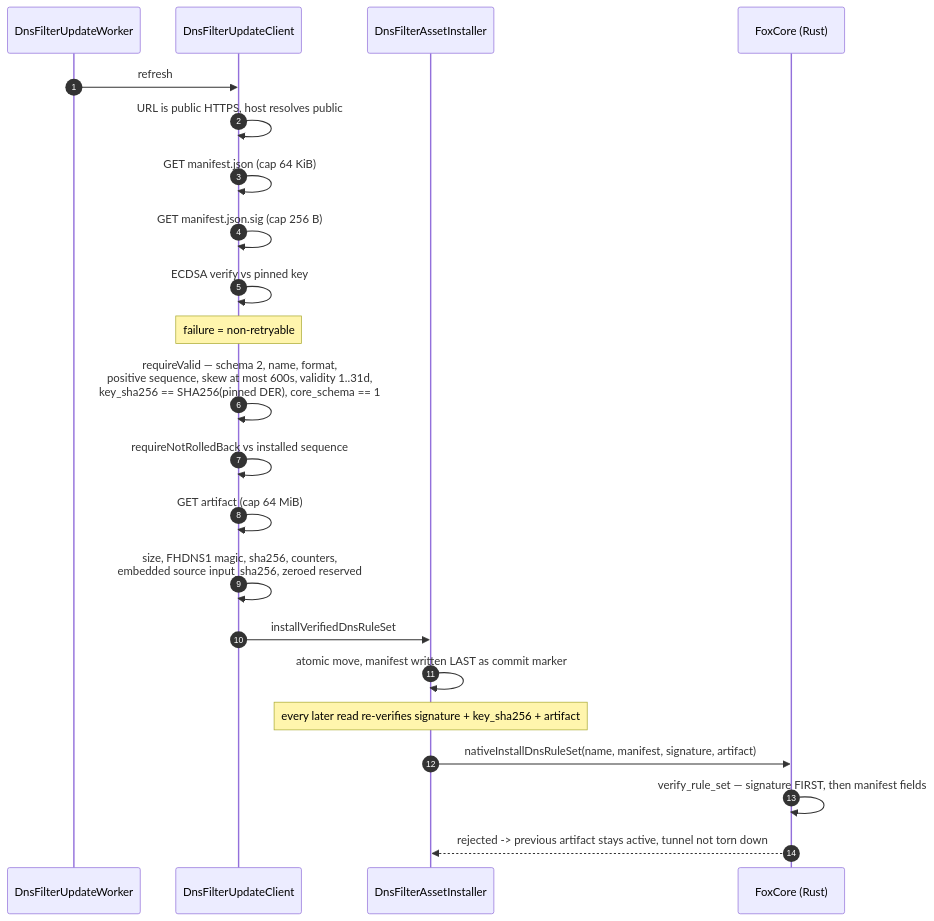
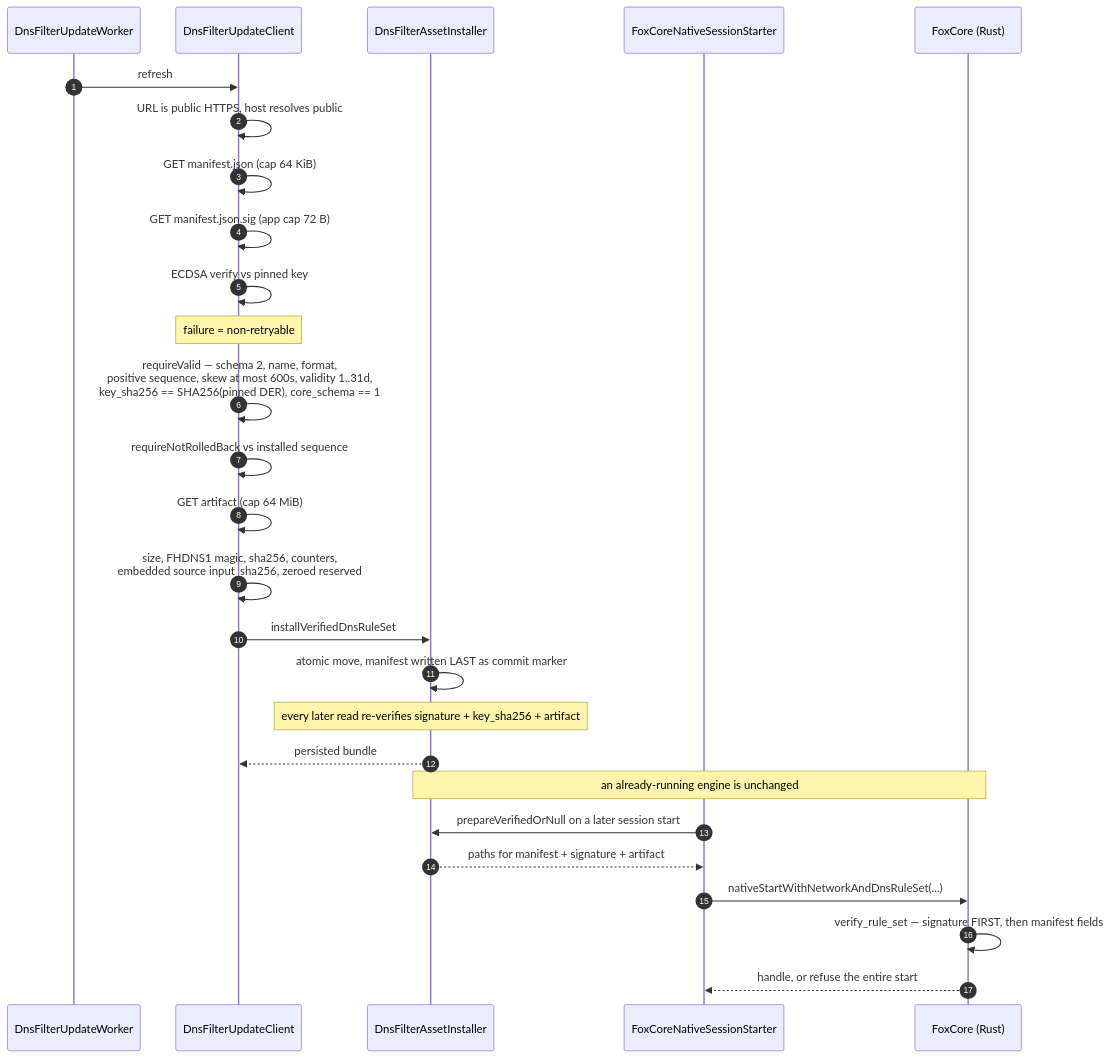
One commit to foxhole-team/foxhole-core changed the third of 6 diagrams in docs/architecture/03-updates-and-data-delivery.md. Above: the diagram before and after it, drawn with Mermaid. The commit also changed other lines of this file and 244 other files, not shown here.

First line of the commit message:
FoxCore 0.0.2: restore ABI surface and shipped boundary

````diff
--- a/docs/architecture/03-updates-and-data-delivery.md
+++ b/docs/architecture/03-updates-and-data-delivery.md
@@ -85,25 +85,30 @@
 ```mermaid
 sequenceDiagram
     autonumber
     participant W as DnsFilterUpdateWorker
     participant C as DnsFilterUpdateClient
     participant I as DnsFilterAssetInstaller
+    participant S as FoxCoreNativeSessionStarter
     participant N as FoxCore (Rust)
 
     W->>C: refresh
     C->>C: URL is public HTTPS, host resolves public
     C->>C: GET manifest.json (cap 64 KiB)
-    C->>C: GET manifest.json.sig (cap 256 B)
+    C->>C: GET manifest.json.sig (app cap 72 B)
     C->>C: ECDSA verify vs pinned key
     Note over C: failure = non-retryable
     C->>C: requireValid — schema 2, name, format,<br/>positive sequence, skew at most 600s, validity 1..31d,<br/>key_sha256 == SHA256(pinned DER), core_schema == 1
     C->>C: requireNotRolledBack vs installed sequence
     C->>C: GET artifact (cap 64 MiB)
     C->>C: size, FHDNS1 magic, sha256, counters,<br/>embedded source input_sha256, zeroed reserved
     C->>I: installVerifiedDnsRuleSet
     I->>I: atomic move, manifest written LAST as commit marker
     Note over I: every later read re-verifies signature + key_sha256 + artifact
-    I->>N: nativeInstallDnsRuleSet(name, manifest, signature, artifact)
+    I-->>C: persisted bundle
+    Note over I,N: an already-running engine is unchanged
+    S->>I: prepareVerifiedOrNull on a later session start
+    I-->>S: paths for manifest + signature + artifact
+    S->>N: nativeStartWithNetworkAndDnsRuleSet(...)
     N->>N: verify_rule_set — signature FIRST, then manifest fields
-    N-->>I: rejected -> previous artifact stays active, tunnel not torn down
+    N-->>S: handle, or refuse the entire start
 ```
````
